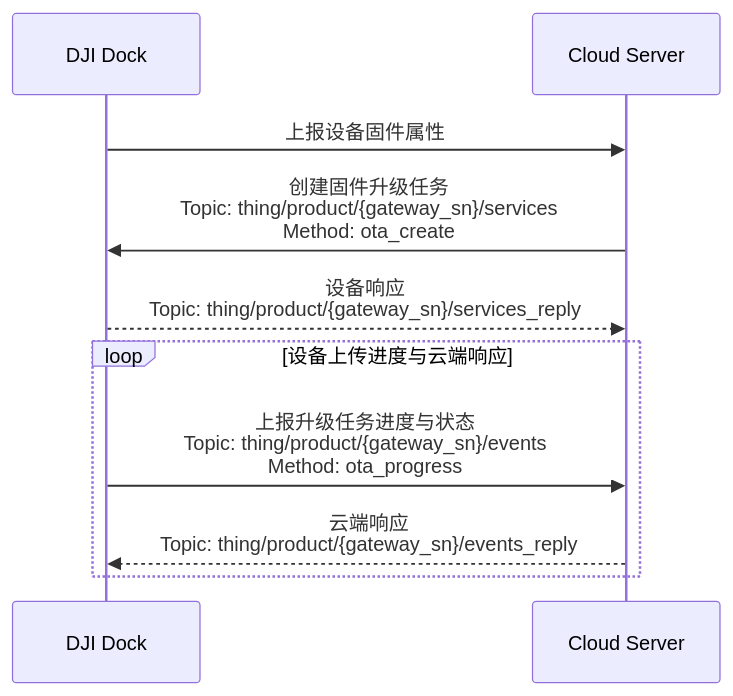
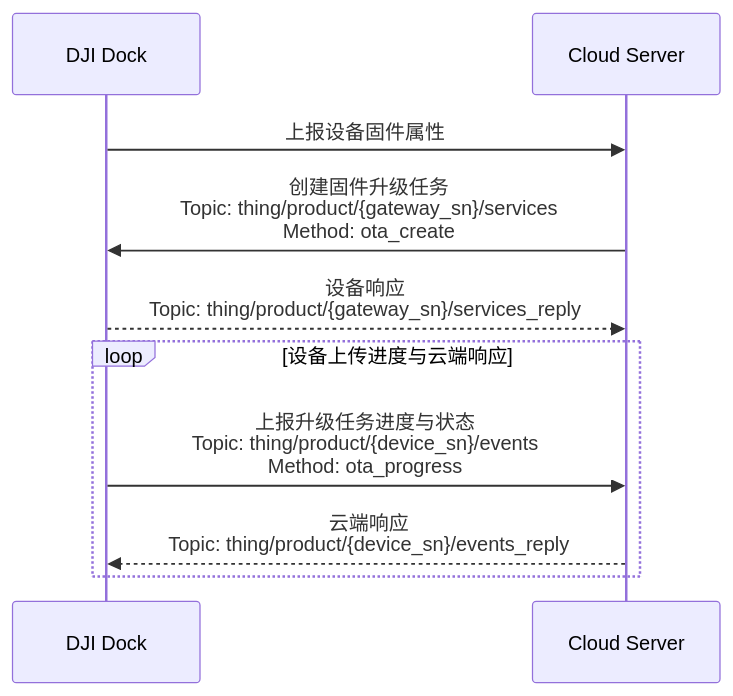
Before and after one commit to dji-sdk/Cloud-API-Doc: the diagram in docs/cn/30.feature-set/20.dock-feature-set/80.firmware-upgrade.md, drawn with Mermaid. The commit also changed 41 other files, not shown here.

````diff
--- a/docs/cn/30.feature-set/20.dock-feature-set/80.firmware-upgrade.md
+++ b/docs/cn/30.feature-set/20.dock-feature-set/80.firmware-upgrade.md
@@ -15,18 +15,18 @@
 ```mermaid
 sequenceDiagram
 
 participant client as DJI Dock
 participant app_server as Cloud Server
 
 client ->> app_server : 上报设备固件属性
 
 app_server ->> client : 创建固件升级任务<br/>Topic: thing/product/{gateway_sn}/services<br/>Method: ota_create
 client -->> app_server : 设备响应<br/>Topic: thing/product/{gateway_sn}/services_reply
 
 loop 设备上传进度与云端响应
 
-client ->> app_server : 上报升级任务进度与状态<br/>Topic: thing/product/{gateway_sn}/events<br/>Method: ota_progress
-app_server -->> client : 云端响应<br/>Topic: thing/product/{gateway_sn}/events_reply
+client ->> app_server : 上报升级任务进度与状态<br/>Topic: thing/product/{device_sn}/events<br/>Method: ota_progress
+app_server -->> client : 云端响应<br/>Topic: thing/product/{device_sn}/events_reply
 
 end
 ```
````
